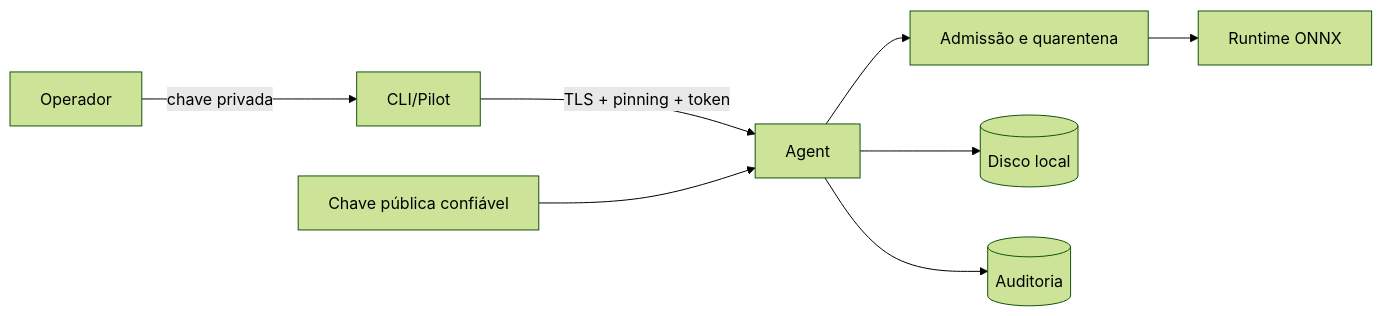
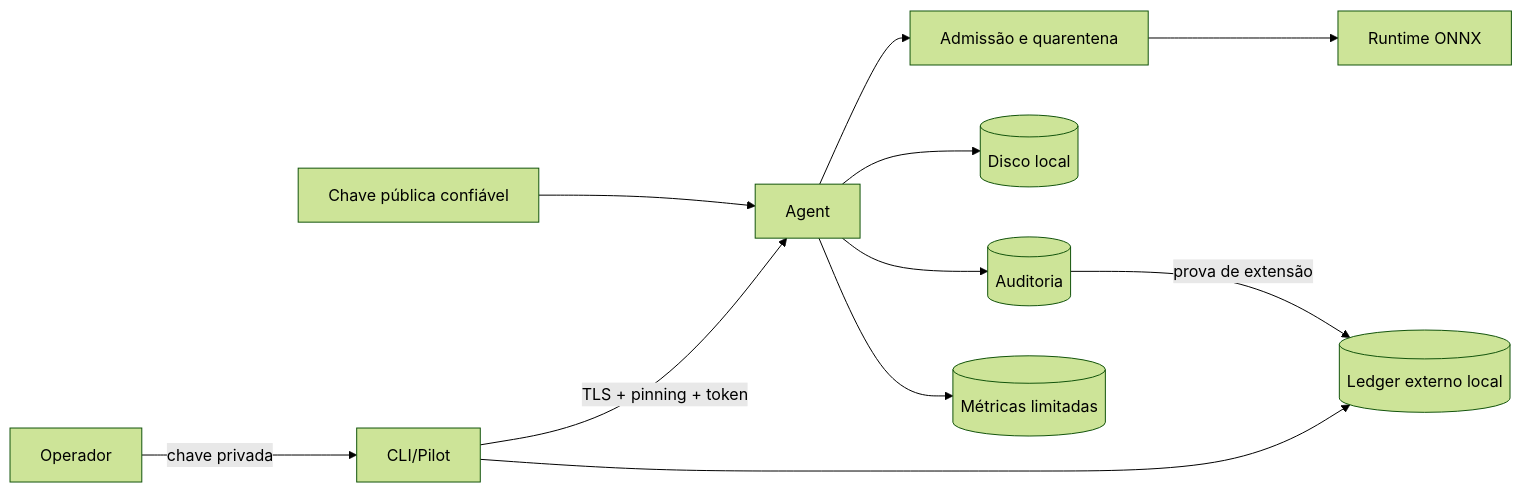
Before and after one commit to start6202783-dotcom/MiraiOS: the diagram in docs/threat-model.md, drawn with Mermaid (forest theme). The commit also changed other lines of this file and 25 other files, not shown here.

````diff
--- a/docs/threat-model.md
+++ b/docs/threat-model.md
@@ -21,10 +23,13 @@
 ```mermaid
 flowchart LR
     U[Operador] -->|chave privada| C[CLI/Pilot]
     C -->|TLS + pinning + token| A[Agent]
     K[Chave pública confiável] --> A
     A --> Q[Admissão e quarentena]
     Q --> R[Runtime ONNX]
     A --> D[(Disco local)]
     A --> L[(Auditoria)]
+    C --> X[(Ledger externo local)]
+    L -->|prova de extensão| X
+    A --> M[(Métricas limitadas)]
 ```
````
